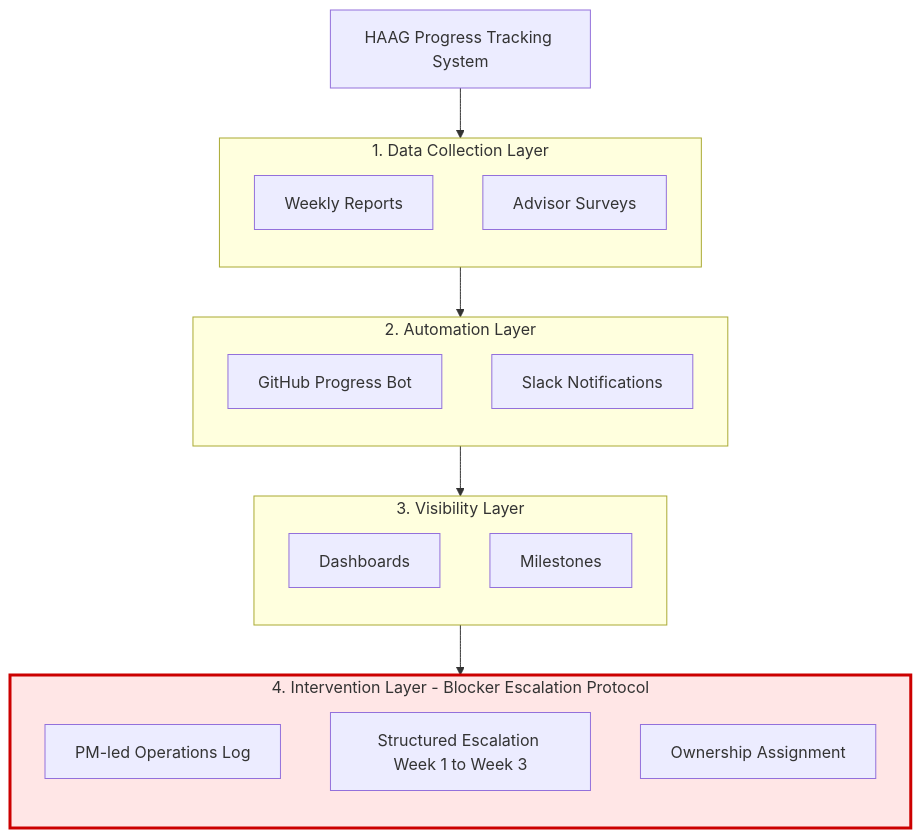
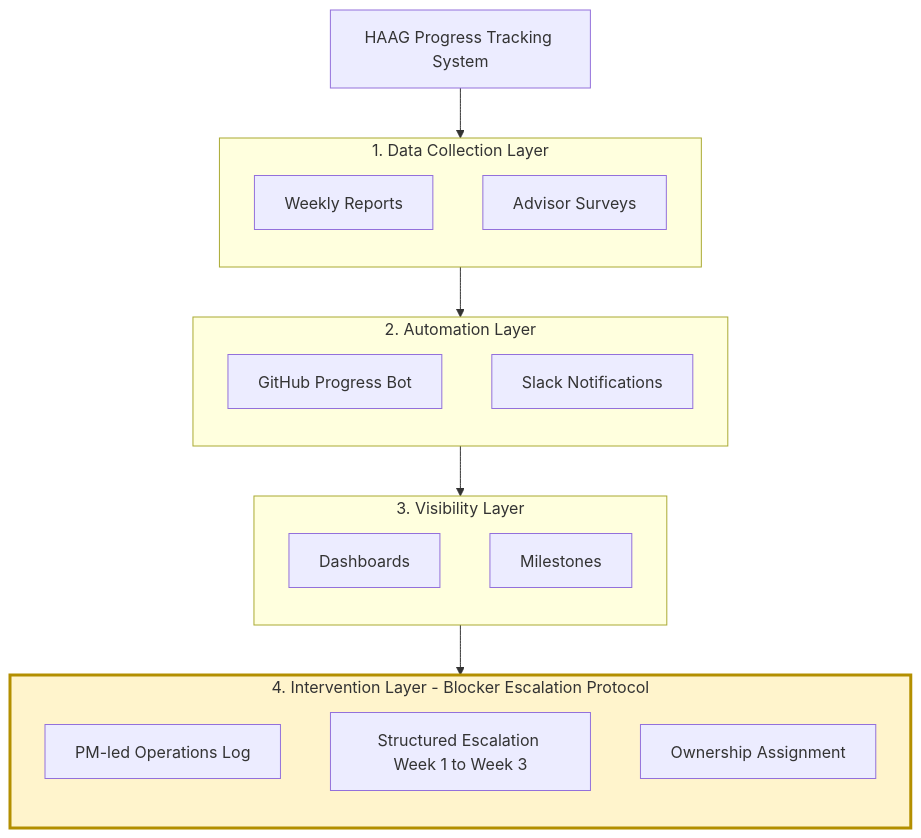
Before and after one commit to Human-Augment-Analytics/admin-project-tracking: the first of 2 diagrams in future_work_and_initiatives/blocker_escalation_protocol_initiative/Structured_Blocker_Escalation_Procedure_HAAG.md, drawn with Mermaid.

````diff
--- a/future_work_and_initiatives/blocker_escalation_protocol_initiative/Structured_Blocker_Escalation_Procedure_HAAG.md
+++ b/future_work_and_initiatives/blocker_escalation_protocol_initiative/Structured_Blocker_Escalation_Procedure_HAAG.md
@@ -42,37 +42,37 @@
 ```mermaid
 
 flowchart TB
 
 A[HAAG Progress Tracking System]
 
 subgraph L1[1. Data Collection Layer]
 direction TB
 L1a[Weekly Reports]
 L1b[Advisor Surveys]
 end
 
 subgraph L2[2. Automation Layer]
 direction TB
 L2a[GitHub Progress Bot]
 L2b[Slack Notifications]
 end
 
 subgraph L3[3. Visibility Layer]
 direction TB
 L3a[Dashboards]
 L3b[Milestones]
 end
 
 subgraph L4[4. Intervention Layer - Blocker Escalation Protocol]
 direction TB
 L4a[PM-led Operations Log]
 L4b[Structured Escalation Week 1 to Week 3]
 L4c[Ownership Assignment]
 end
 
 A --> L1 --> L2 --> L3 --> L4
 
 %% Highlight Intervention Layer
-style L4 fill:#ffe6e6,stroke:#cc0000,stroke-width:3px
+style L4 fill:#fff4cc,stroke:#b38f00,stroke-width:3px
 
 ```
````
